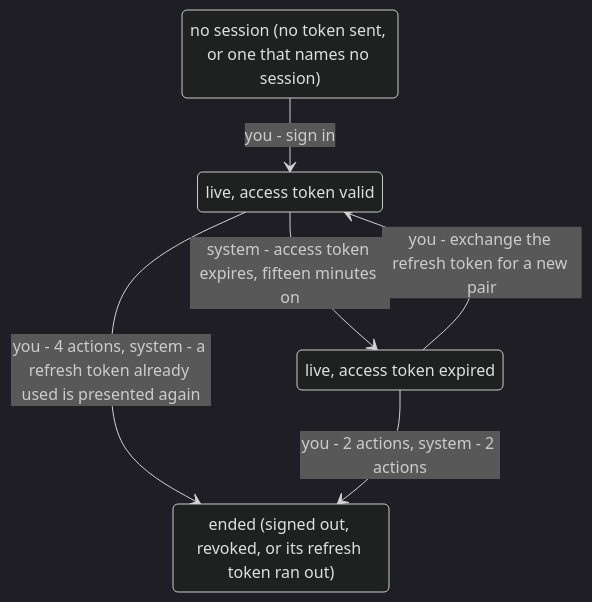
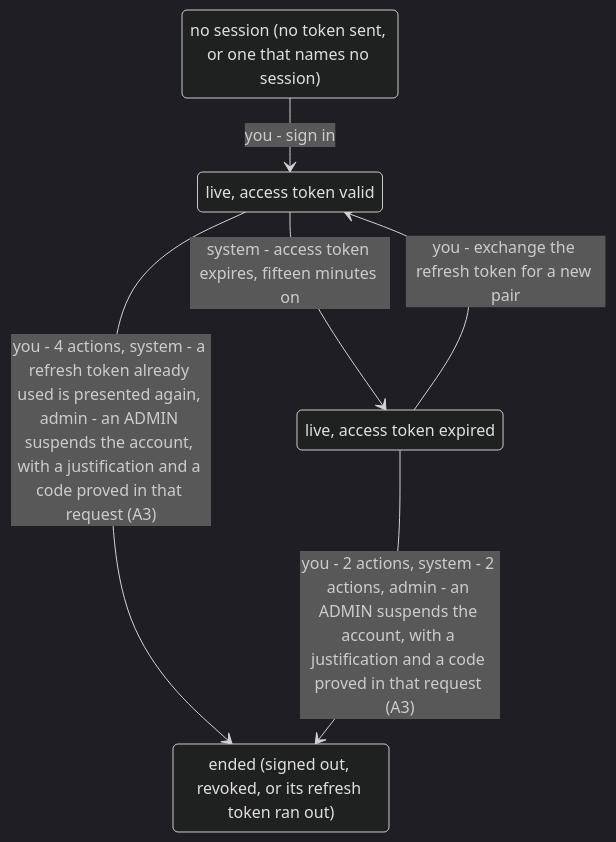
The second of 5 diagrams in docs/state-map/account.md (Ayodeji97/moyi-backend), drawn with Mermaid (dark theme) before and after one commit. The commit also changed other lines of this file and 17 other files, not shown here.

````diff
--- a/docs/state-map/account.md
+++ b/docs/state-map/account.md
@@ -144,12 +164,12 @@
 ```mermaid
 stateDiagram-v2
     state "no session (no token sent, or one that names no session)" as account_session__NO_SESSION
     state "live, access token valid" as account_session__ACCESS_VALID
     state "live, access token expired" as account_session__ACCESS_EXPIRED
     state "ended (signed out, revoked, or its refresh token ran out)" as account_session__ENDED
     account_session__NO_SESSION --> account_session__ACCESS_VALID: you - sign in
     account_session__ACCESS_EXPIRED --> account_session__ACCESS_VALID: you - exchange the refresh token for a new pair
-    account_session__ACCESS_VALID --> account_session__ENDED: you - 4 actions, system - a refresh token already used is presented again
-    account_session__ACCESS_EXPIRED --> account_session__ENDED: you - 2 actions, system - 2 actions
+    account_session__ACCESS_VALID --> account_session__ENDED: you - 4 actions, system - a refresh token already used is presented again, admin - an ADMIN suspends the account, with a justification and a code proved in that request (A3)
+    account_session__ACCESS_EXPIRED --> account_session__ENDED: you - 2 actions, system - 2 actions, admin - an ADMIN suspends the account, with a justification and a code proved in that request (A3)
     account_session__ACCESS_VALID --> account_session__ACCESS_EXPIRED: system - access token expires, fifteen minutes on
 ```
````
